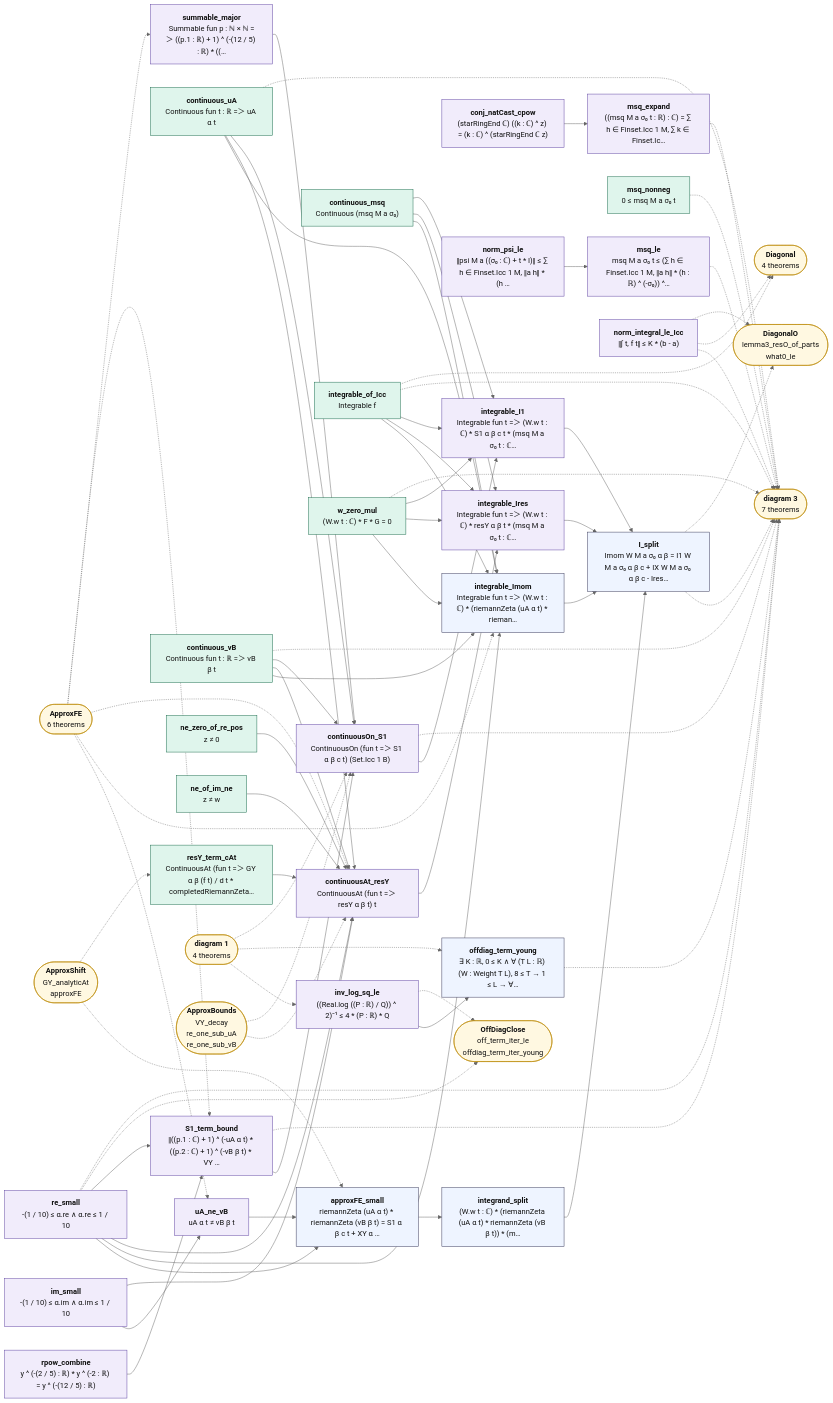
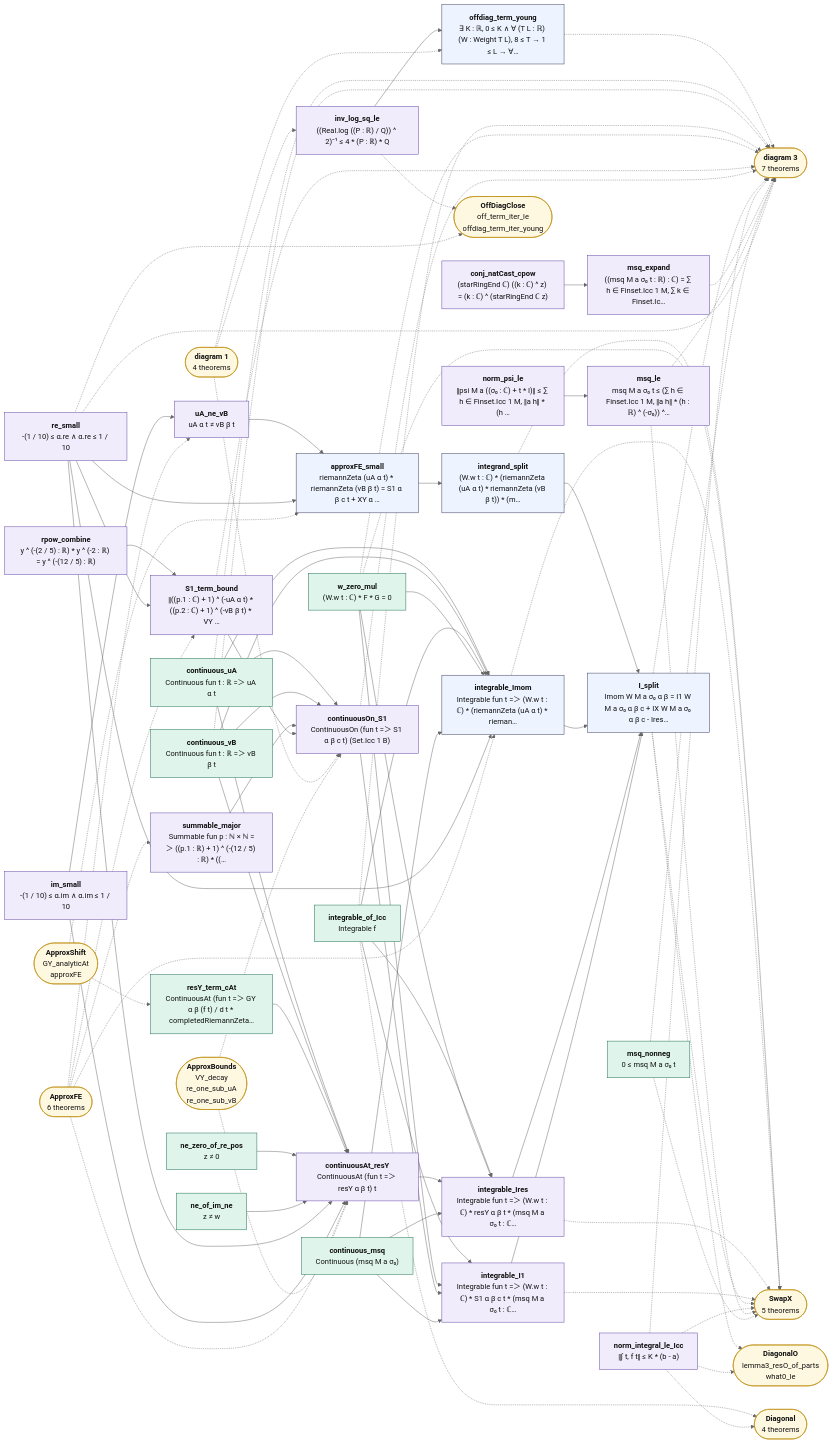
The diagram in map/lean_stage3/TwistedMoment.2.mmd (juliansambranojr/Primebeat_081426), drawn with Mermaid (neutral theme) before and after one commit. The commit also changed 25 other files, not shown here.

```diff
--- a/map/lean_stage3/TwistedMoment.2.mmd
+++ b/map/lean_stage3/TwistedMoment.2.mmd
@@ -1,116 +1,126 @@
 flowchart LR
   n0["<b>inv_log_sq_le</b><br/>((Real.log ((P : ℝ) / Q)) ^ 2)⁻¹ ≤ 4 * (P : ℝ) * Q"]:::shp
   n1["<b>offdiag_term_young</b><br/>∃ K : ℝ, 0 ≤ K ∧ ∀ (T L : ℝ) (W : Weight T L), 8 ≤ T → 1 ≤ L → ∀…"]:::thm
   n2["<b>conj_natCast_cpow</b><br/>(starRingEnd ℂ) ((k : ℂ) ^ z) = (k : ℂ) ^ (starRingEnd ℂ z)"]:::shp
   n3["<b>msq_expand</b><br/>((msq M a σ₀ t : ℝ) : ℂ) = ∑ h ∈ Finset.Icc 1 M, ∑ k ∈ Finset.Ic…"]:::shp
   n4["<b>norm_psi_le</b><br/>‖psi M a ((σ₀ : ℂ) + t * I)‖ ≤ ∑ h ∈ Finset.Icc 1 M, ‖a h‖ * (h …"]:::shp
   n5["<b>msq_le</b><br/>msq M a σ₀ t ≤ (∑ h ∈ Finset.Icc 1 M, ‖a h‖ * (h : ℝ) ^ (-σ₀)) ^…"]:::shp
   n6["<b>msq_nonneg</b><br/>0 ≤ msq M a σ₀ t"]:::cnt
   n7["<b>continuous_msq</b><br/>Continuous (msq M a σ₀)"]:::cnt
   n8["<b>re_small</b><br/>-(1 / 10) ≤ α.re ∧ α.re ≤ 1 / 10"]:::shp
   n9["<b>im_small</b><br/>-(1 / 10) ≤ α.im ∧ α.im ≤ 1 / 10"]:::shp
   n10["<b>uA_ne_vB</b><br/>uA α t ≠ vB β t"]:::shp
   n11["<b>approxFE_small</b><br/>riemannZeta (uA α t) * riemannZeta (vB β t) = S1 α β c t + XY α …"]:::thm
   n12["<b>integrand_split</b><br/>(W.w t : ℂ) * (riemannZeta (uA α t) * riemannZeta (vB β t)) * (m…"]:::thm
   n13["<b>continuous_uA</b><br/>Continuous fun t : ℝ =＞ uA α t"]:::cnt
   n14["<b>continuous_vB</b><br/>Continuous fun t : ℝ =＞ vB β t"]:::cnt
   n15["<b>integrable_of_Icc</b><br/>Integrable f"]:::cnt
   n16["<b>w_zero_mul</b><br/>(W.w t : ℂ) * F * G = 0"]:::cnt
   n17["<b>integrable_Imom</b><br/>Integrable fun t =＞ (W.w t : ℂ) * (riemannZeta (uA α t) * rieman…"]:::thm
   n18["<b>resY_term_cAt</b><br/>ContinuousAt (fun t =＞ GY α β (f t) / d t * completedRiemannZeta…"]:::cnt
   n19["<b>ne_zero_of_re_pos</b><br/>z ≠ 0"]:::cnt
   n20["<b>ne_of_im_ne</b><br/>z ≠ w"]:::cnt
   n21["<b>continuousAt_resY</b><br/>ContinuousAt (fun t =＞ resY α β t) t"]:::shp
   n22["<b>integrable_Ires</b><br/>Integrable fun t =＞ (W.w t : ℂ) * resY α β t * (msq M a σ₀ t : ℂ…"]:::shp
   n23["<b>summable_major</b><br/>Summable fun p : ℕ × ℕ =＞ ((p.1 : ℝ) + 1) ^ (-(12 / 5) : ℝ) * ((…"]:::shp
   n24["<b>rpow_combine</b><br/>y ^ (-(2 / 5) : ℝ) * y ^ (-2 : ℝ) = y ^ (-(12 / 5) : ℝ)"]:::shp
   n25["<b>S1_term_bound</b><br/>‖((p.1 : ℂ) + 1) ^ (-uA α t) * ((p.2 : ℂ) + 1) ^ (-vB β t) * VY …"]:::shp
   n26["<b>continuousOn_S1</b><br/>ContinuousOn (fun t =＞ S1 α β c t) (Set.Icc 1 B)"]:::shp
   n27["<b>integrable_I1</b><br/>Integrable fun t =＞ (W.w t : ℂ) * S1 α β c t * (msq M a σ₀ t : ℂ…"]:::shp
   n28["<b>I_split</b><br/>Imom W M a σ₀ α β = I1 W M a σ₀ α β c + IX W M a σ₀ α β c - Ires…"]:::thm
   n29["<b>norm_integral_le_Icc</b><br/>‖∫ t, f t‖ ≤ K * (b - a)"]:::shp
   x0(["<b>diagram 1</b><br/>4 theorems"]):::ext
   x1(["<b>OffDiagClose</b><br/>off_term_iter_le<br/>offdiag_term_iter_young"]):::ext
   x2(["<b>diagram 3</b><br/>7 theorems"]):::ext
-  x3(["<b>ApproxFE</b><br/>6 theorems"]):::ext
-  x4(["<b>ApproxShift</b><br/>GY_analyticAt<br/>approxFE"]):::ext
-  x5(["<b>Diagonal</b><br/>4 theorems"]):::ext
-  x6(["<b>ApproxBounds</b><br/>VY_decay<br/>re_one_sub_uA<br/>re_one_sub_vB"]):::ext
-  x7(["<b>DiagonalO</b><br/>lemma3_resO_of_parts<br/>what0_le"]):::ext
+  x3(["<b>SwapX</b><br/>5 theorems"]):::ext
+  x4(["<b>ApproxFE</b><br/>6 theorems"]):::ext
+  x5(["<b>ApproxShift</b><br/>GY_analyticAt<br/>approxFE"]):::ext
+  x6(["<b>Diagonal</b><br/>4 theorems"]):::ext
+  x7(["<b>ApproxBounds</b><br/>VY_decay<br/>re_one_sub_uA<br/>re_one_sub_vB"]):::ext
+  x8(["<b>DiagonalO</b><br/>lemma3_resO_of_parts<br/>what0_le"]):::ext
   n0 --> n1
   n10 --> n11
   n11 --> n12
   n12 --> n28
   n13 --> n17
   n13 --> n21
   n13 --> n26
   n14 --> n17
   n14 --> n21
   n14 --> n26
   n15 --> n17
   n15 --> n22
   n15 --> n27
   n16 --> n17
   n16 --> n22
   n16 --> n27
   n17 --> n28
   n18 --> n21
   n19 --> n21
   n2 --> n3
   n20 --> n21
   n21 --> n22
   n22 --> n28
   n23 --> n26
   n24 --> n25
   n25 --> n26
   n26 --> n27
   n27 --> n28
   n4 --> n5
   n7 --> n17
   n7 --> n22
   n7 --> n27
   n8 --> n11
   n8 --> n17
   n8 --> n21
   n8 --> n25
   n9 --> n10
   n9 --> n21
   n0 -.-> x1
   n1 -.-> x2
+  n12 -.-> x3
   n13 -.-> x2
   n14 -.-> x2
   n15 -.-> x2
-  n15 -.-> x5
+  n15 -.-> x6
   n16 -.-> x2
+  n16 -.-> x3
+  n17 -.-> x3
+  n22 -.-> x3
   n25 -.-> x2
   n26 -.-> x2
+  n27 -.-> x3
   n28 -.-> x2
-  n28 -.-> x7
+  n28 -.-> x3
+  n28 -.-> x8
   n29 -.-> x2
-  n29 -.-> x5
-  n29 -.-> x7
+  n29 -.-> x3
+  n29 -.-> x6
+  n29 -.-> x8
   n3 -.-> x2
   n5 -.-> x2
+  n5 -.-> x3
   n6 -.-> x2
+  n6 -.-> x3
   n8 -.-> x1
   n8 -.-> x2
   x0 -.-> n0
   x0 -.-> n1
   x0 -.-> n26
-  x3 -.-> n10
-  x3 -.-> n17
-  x3 -.-> n21
-  x3 -.-> n23
-  x3 -.-> n25
-  x4 -.-> n11
-  x4 -.-> n18
-  x6 -.-> n21
-  x6 -.-> n26
+  x4 -.-> n10
+  x4 -.-> n17
+  x4 -.-> n21
+  x4 -.-> n23
+  x4 -.-> n25
+  x5 -.-> n11
+  x5 -.-> n18
+  x7 -.-> n21
+  x7 -.-> n26
   classDef cnt fill:#dff5ec,stroke:#17694a,color:#111
   classDef shp fill:#f1ecfb,stroke:#5b3fa0,color:#111
   classDef rh fill:#ffe5e5,stroke:#c22,color:#111,stroke-width:2px
   classDef thm fill:#eef4ff,stroke:#335,color:#111
   classDef end_ fill:#e7f7e7,stroke:#2a7,color:#111,stroke-width:2px
   classDef lone fill:#fff,stroke:#999,color:#111,stroke-dasharray:4 3
   classDef bad fill:#ffe5e5,stroke:#c22,color:#111,stroke-width:2px
   classDef ext fill:#fff8e1,stroke:#b80,color:#111
```
